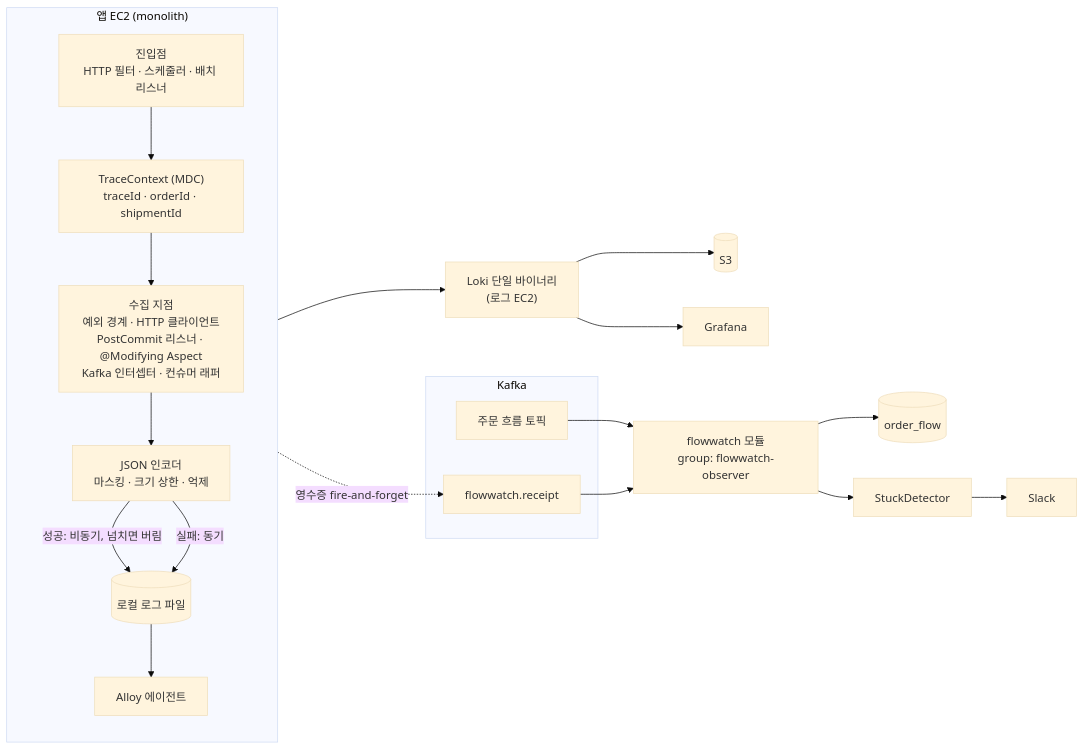
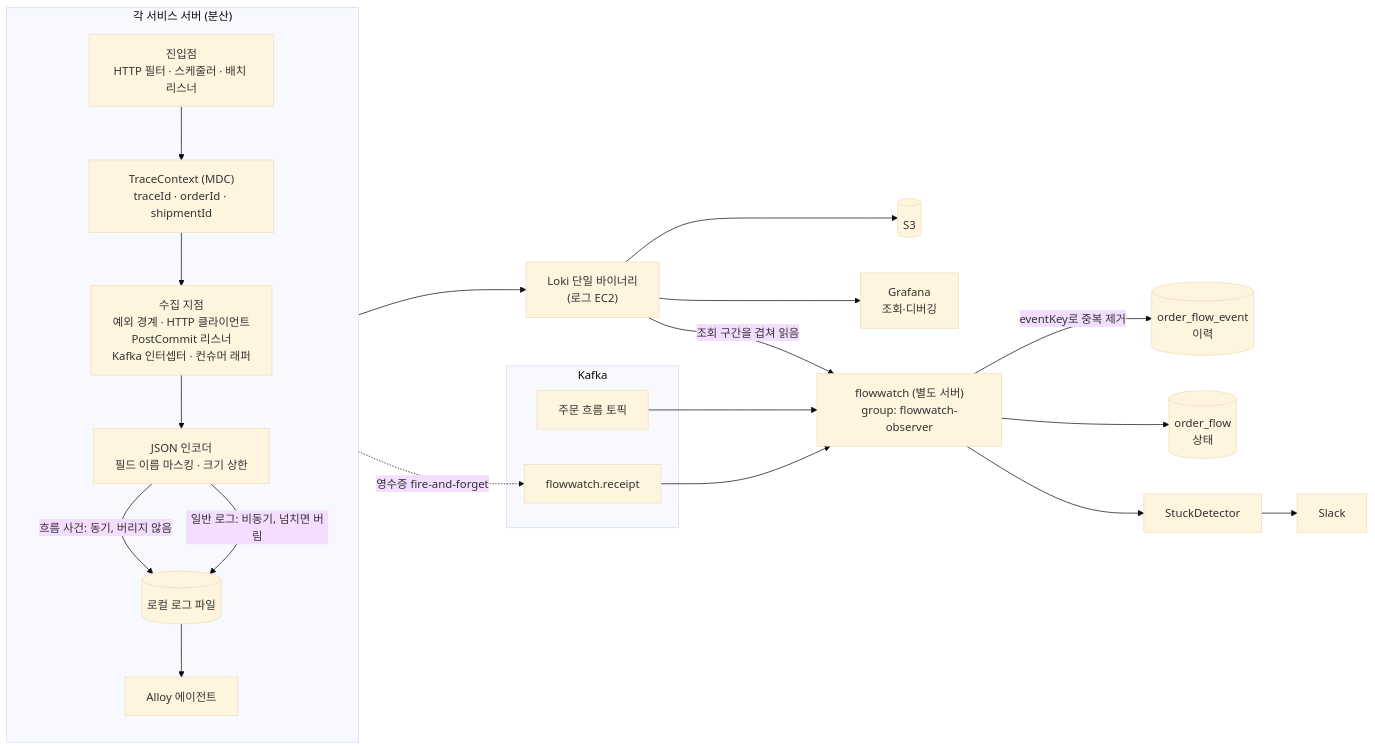
Before and after one commit to prgrms-be-adv-devcourse/beadv8_1_200OK_BE: the first of 2 diagrams in docs/design/order-flow-tracking.md, drawn with Mermaid (base theme). The commit also changed other lines of this file and 1 other file, not shown here.

````diff
--- a/docs/design/order-flow-tracking.md
+++ b/docs/design/order-flow-tracking.md
@@ -60,25 +65,27 @@
 ```mermaid
 flowchart LR
-  subgraph APP["앱 EC2 (monolith)"]
+  subgraph SVC["각 서비스 서버 (분산)"]
     direction TB
     IN["진입점<br/>HTTP 필터 · 스케줄러 · 배치 리스너"] --> CTX["TraceContext (MDC)<br/>traceId · orderId · shipmentId"]
-    CTX --> CAP["수집 지점<br/>예외 경계 · HTTP 클라이언트<br/>PostCommit 리스너 · @Modifying Aspect<br/>Kafka 인터셉터 · 컨슈머 래퍼"]
-    CAP --> ENC["JSON 인코더<br/>마스킹 · 크기 상한 · 억제"]
-    ENC -->|성공: 비동기, 넘치면 버림| FILE[(로컬 로그 파일)]
-    ENC -->|실패: 동기| FILE
+    CTX --> CAP["수집 지점<br/>예외 경계 · HTTP 클라이언트<br/>PostCommit 리스너<br/>Kafka 인터셉터 · 컨슈머 래퍼"]
+    CAP --> ENC["JSON 인코더<br/>필드 이름 마스킹 · 크기 상한"]
+    ENC -->|흐름 사건: 동기, 버리지 않음| FILE[(로컬 로그 파일)]
+    ENC -->|일반 로그: 비동기, 넘치면 버림| FILE
     FILE --> ALLOY["Alloy 에이전트"]
   end
   ALLOY --> LOKI["Loki 단일 바이너리<br/>(로그 EC2)"]
   LOKI --> S3[(S3)]
-  LOKI --> GRAFANA["Grafana"]
+  LOKI --> GRAFANA["Grafana<br/>조회·디버깅"]
+  LOKI -->|조회 구간을 겹쳐 읽음| TRK
 
   subgraph KAFKA["Kafka"]
     BIZ["주문 흐름 토픽"]
     RCPT["flowwatch.receipt"]
   end
   CAP -.영수증 fire-and-forget.-> RCPT
-  BIZ --> TRK["flowwatch 모듈<br/>group: flowwatch-observer"]
+  BIZ --> TRK["flowwatch (별도 서버)<br/>group: flowwatch-observer"]
   RCPT --> TRK
-  TRK --> FLOW[(order_flow)]
+  TRK -->|eventKey로 중복 제거| EVT[(order_flow_event<br/>이력)]
+  TRK --> FLOW[(order_flow<br/>상태)]
   TRK --> DET["StuckDetector"] --> SLACK["Slack"]
 ```
````
